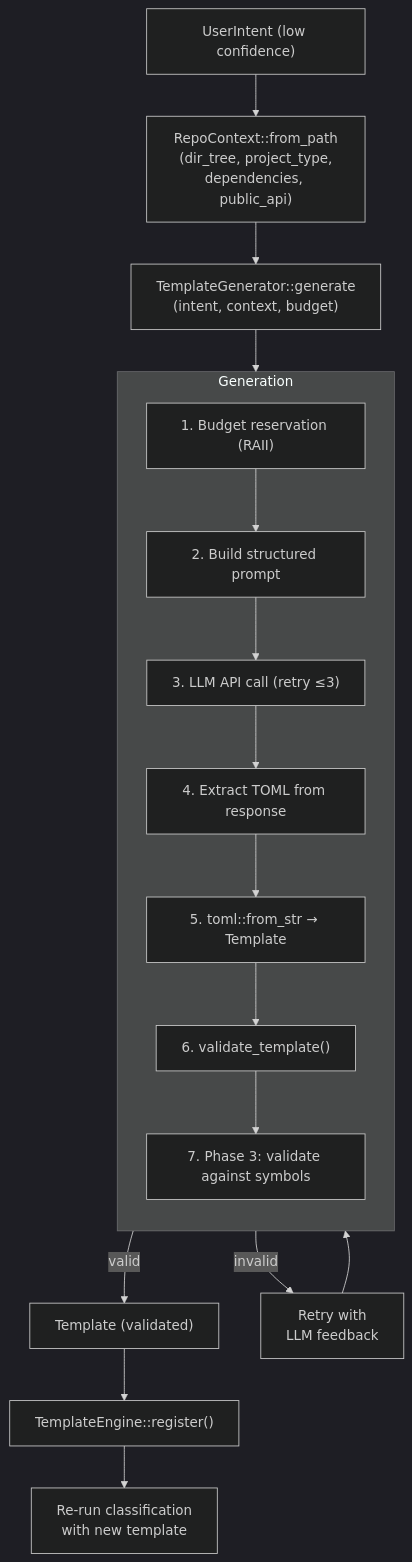
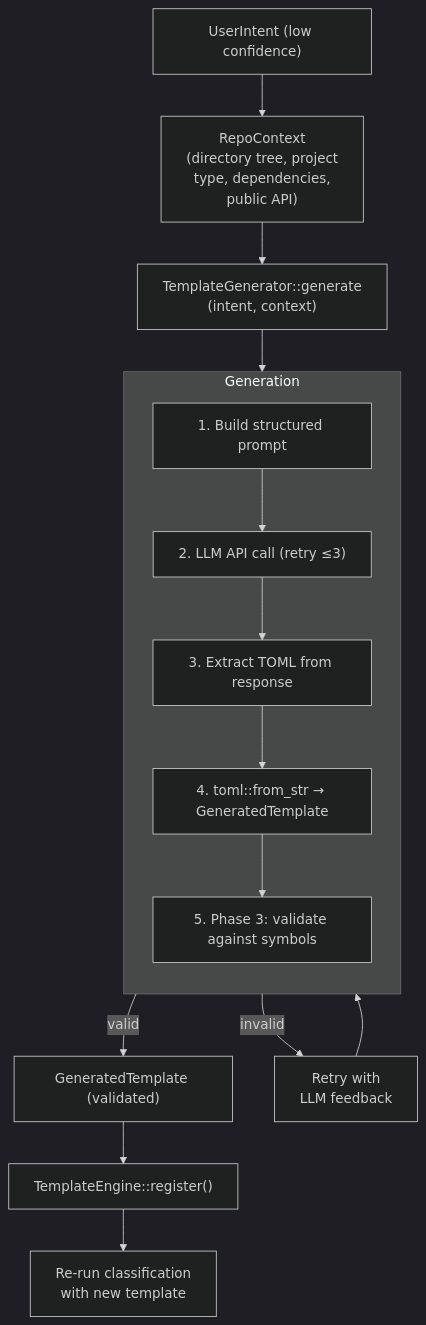
One commit to arman-jalili/rigorix-oss changed the diagram in engine/.pi/architecture/modules/template-generation.md. Above: the diagram before and after it, drawn with Mermaid (dark theme). The commit also changed other lines of this file, not shown here.

First line of the commit message:
fix: correct template-generation architecture doc paths to match actual code

````diff
--- a/engine/.pi/architecture/modules/template-generation.md
+++ b/engine/.pi/architecture/modules/template-generation.md
@@ -79,30 +98,29 @@
 ```mermaid
 flowchart TB
-    UI["UserIntent (low confidence)"] --> RC["RepoContext::from_path
-(dir_tree, project_type,
-dependencies, public_api)"]
+    UI["UserIntent (low confidence)"] --> RC["RepoContext
+(directory tree, project
+type, dependencies,
+public API)"]
     RC --> GEN["TemplateGenerator::generate
-(intent, context, budget)"]
+(intent, context)"]
     
     subgraph Generation
         direction TB
-        G1["1. Budget reservation (RAII)"]
-        G2["2. Build structured prompt"]
-        G3["3. LLM API call (retry ≤3)"]
-        G4["4. Extract TOML from response"]
-        G5["5. toml::from_str → Template"]
-        G6["6. validate_template()"]
-        G7["7. Phase 3: validate against symbols"]
-        G1 --> G2 --> G3 --> G4 --> G5 --> G6 --> G7
+        G1["1. Build structured prompt"]
+        G2["2. LLM API call (retry ≤3)"]
+        G3["3. Extract TOML from response"]
+        G4["4. toml::from_str → GeneratedTemplate"]
+        G5["5. Phase 3: validate against symbols"]
+        G1 --> G2 --> G3 --> G4 --> G5
     end
     
     GEN --> Generation
-    G7 -->|valid| OUT["Template (validated)"]
-    G7 -->|invalid| RETRY["Retry with
+    G5 -->|valid| OUT["GeneratedTemplate (validated)"]
+    G5 -->|invalid| RETRY["Retry with
 LLM feedback"]
     RETRY --> G2
     
     OUT --> REG["TemplateEngine::register()"]
     REG --> RECLASS["Re-run classification
 with new template"]
 ```
````
